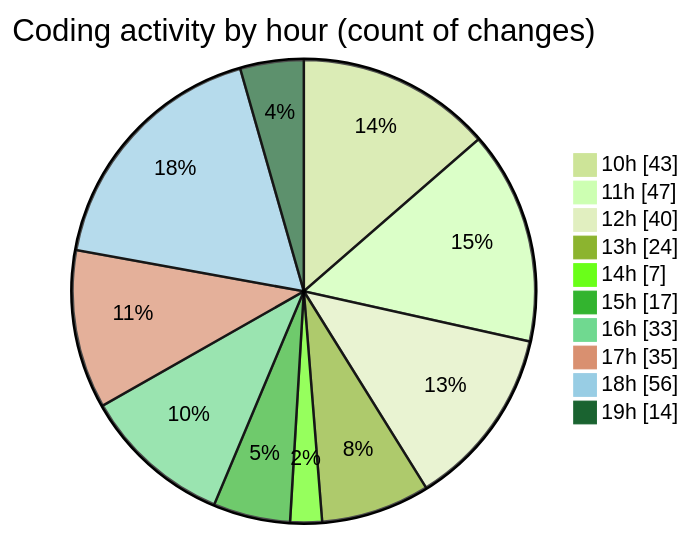
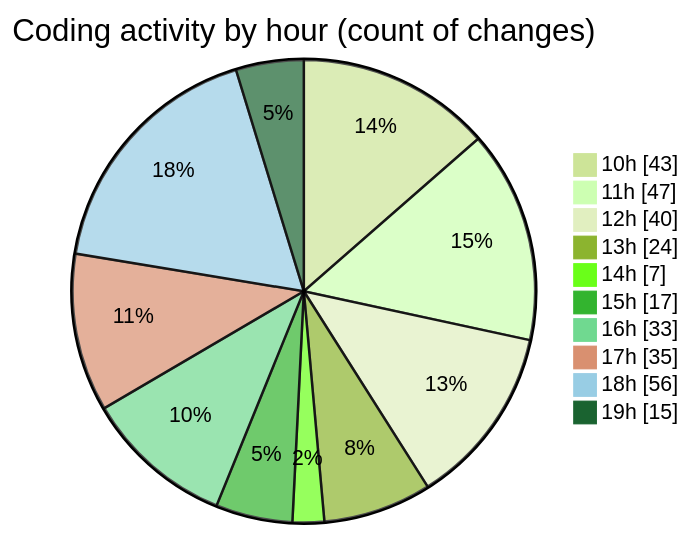
Before and after one commit to momahboobian/code-tracking: the second of 2 diagrams in 2025-02-10/cda/README.md, drawn with Mermaid (forest theme). The commit also changed other lines of this file and 1 other file, not shown here.

````diff
--- a/2025-02-10/cda/README.md
+++ b/2025-02-10/cda/README.md
@@ -35,14 +35,14 @@
 ```mermaid
 pie showData
 title Coding activity by hour (count of changes)
 "10h" : 43
 "11h" : 47
 "12h" : 40
 "13h" : 24
 "14h" : 7
 "15h" : 17
 "16h" : 33
 "17h" : 35
 "18h" : 56
-"19h" : 14
+"19h" : 15
 ```
````
